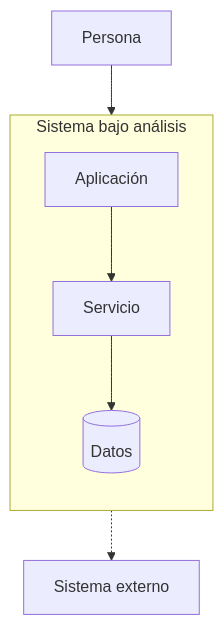
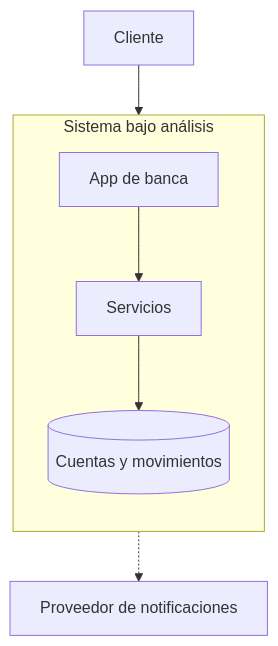
Before and after one commit to carlosmgc2003/slides-cuc-2026: the fifth of 7 diagrams in slides-clase-1.md, drawn with Mermaid. The commit also changed other lines of this file and 2 other files, not shown here.

First line of the commit message:
Unify class 1 around the banking app case study

````diff
--- a/slides-clase-1.md
+++ b/slides-clase-1.md
@@ -565,11 +593,11 @@
 ```mermaid {class: 'w-full flex justify-center'}
 flowchart TB
-  P["Persona"]
+  P["Cliente"]
   subgraph Scope["Sistema bajo análisis"]
     direction TB
-    A["Aplicación"] --> S["Servicio"] --> D[("Datos")]
+    A["App de banca"] --> S["Servicios"] --> D[("Cuentas y movimientos")]
   end
-  E["Sistema externo"]
+  E["Proveedor de notificaciones"]
   P --> A
   S -.-> E
 ```
````
